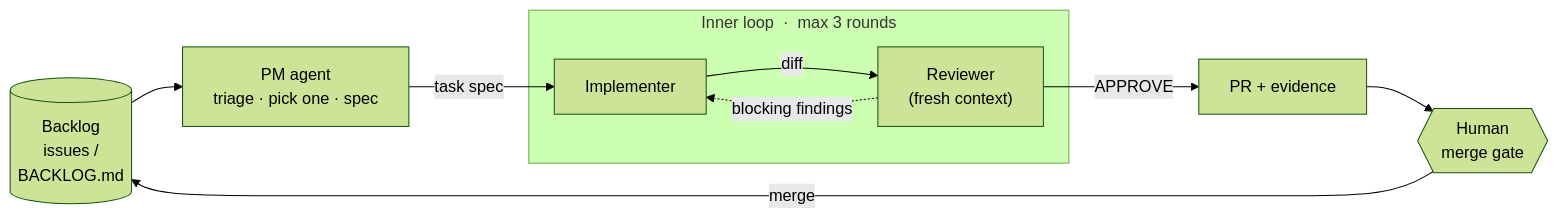
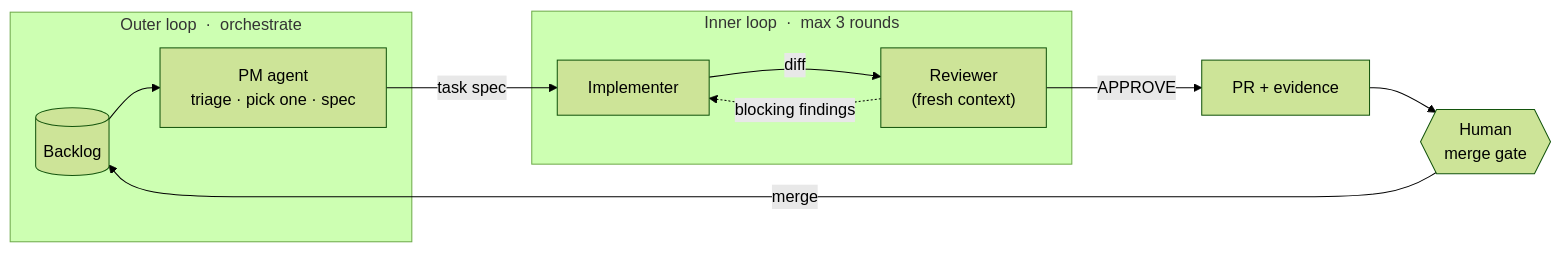
Before and after one commit to chrille0313/agentic-monorepo-template: the diagram in README.md, drawn with Mermaid (forest theme).

Commit message:
docs: restore subgraph pair to fix diagram node order
Mermaid's cycle-breaking ignores edge declaration order but ranks
subgraphs in declaration order; the boxless variant put the backlog
on the far right. Two labeled boxes flowing left to right read
correctly and name both loops again.

````diff
--- a/README.md
+++ b/README.md
@@ -25,13 +25,15 @@
 ```mermaid
 flowchart LR
-    backlog[("Backlog<br>issues /<br>BACKLOG.md")] --> pm["PM agent<br>triage · pick one · spec"]
-    pm -- "task spec" --> impl
+    subgraph outer ["Outer loop &nbsp;·&nbsp; orchestrate"]
+        backlog[("Backlog")] --> pm["PM agent<br>triage · pick one · spec"]
+    end
 
     subgraph inner ["Inner loop &nbsp;·&nbsp; max 3 rounds"]
         impl["Implementer"] -- "diff" --> rev["Reviewer<br>(fresh context)"]
         rev -. "blocking findings" .-> impl
     end
 
+    pm -- "task spec" --> impl
     rev -- "APPROVE" --> pr["PR + evidence"] --> gate{{"Human<br>merge gate"}}
     gate -- "merge" --> backlog
 ```
````
